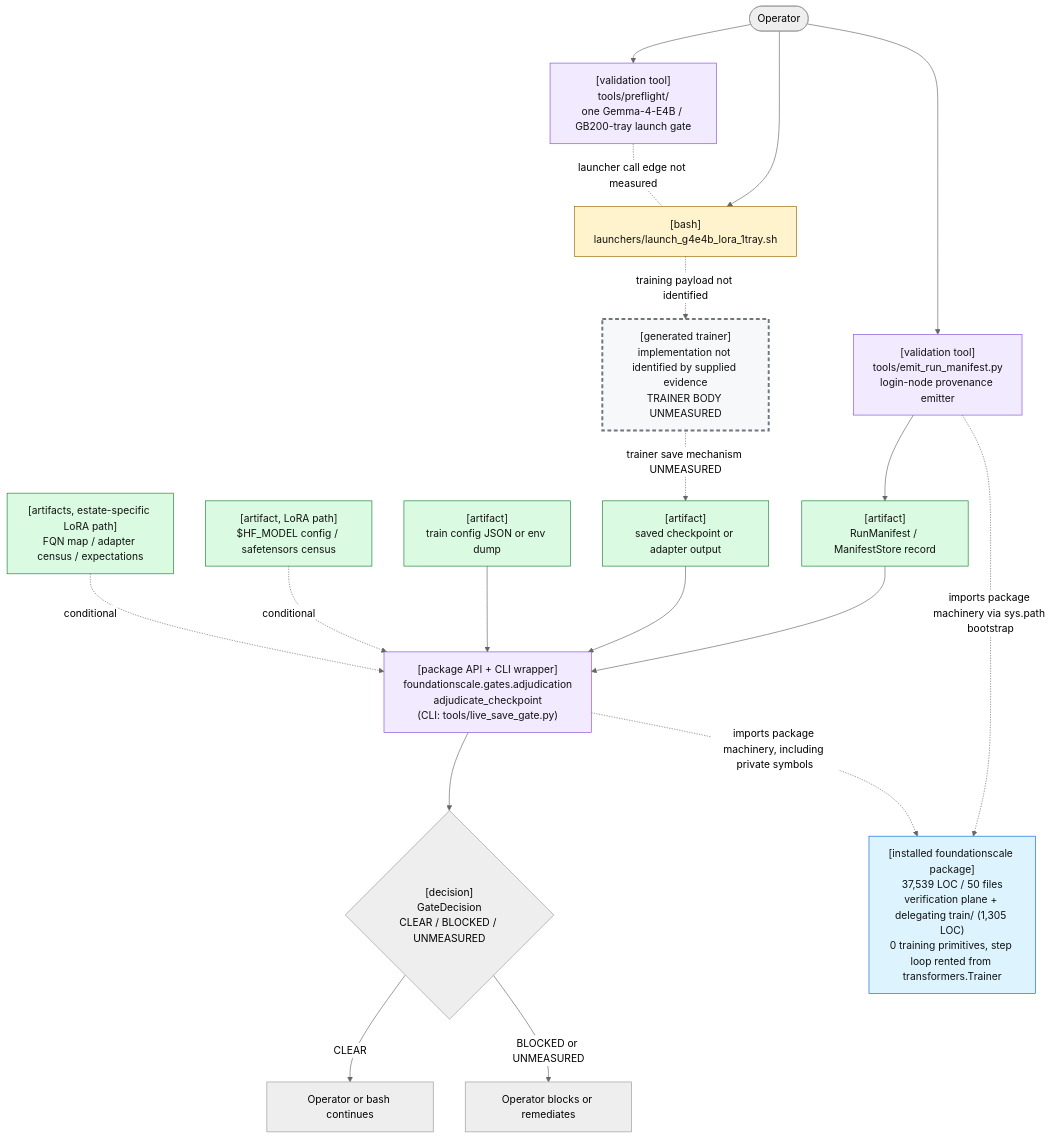
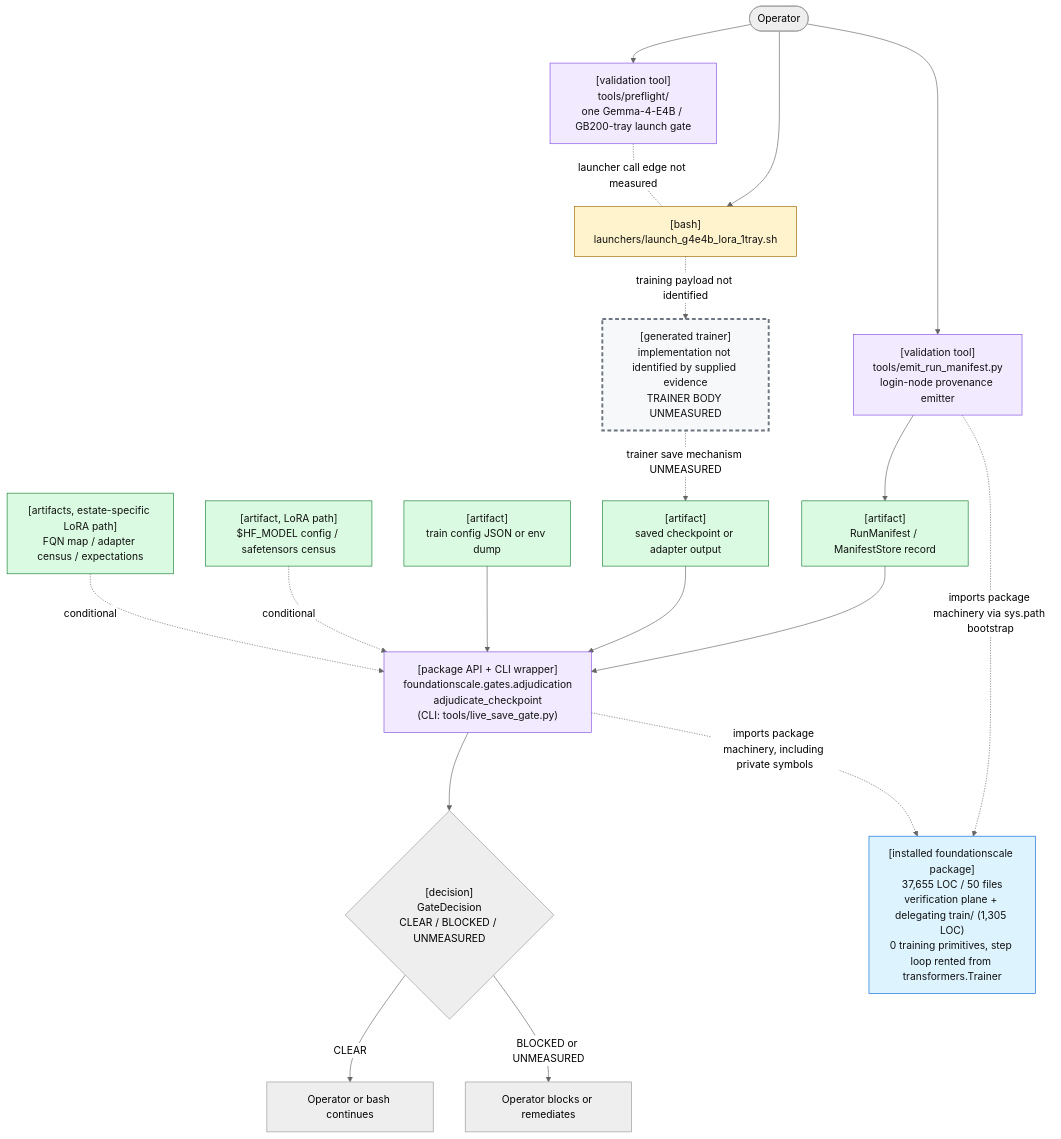
The first of 2 diagrams in docs/review/D2_current_architecture.md (TranNhiem/FoundationScale), drawn with Mermaid (neutral theme) before and after one commit. The commit also changed other lines of this file and 15 other files, not shown here.

````diff
--- a/docs/review/D2_current_architecture.md
+++ b/docs/review/D2_current_architecture.md
@@ -25,59 +25,59 @@
 ```mermaid
 flowchart TB
   O(["Operator"])
 
   PF["[validation tool]<br/>tools/preflight/<br/>one Gemma-4-E4B / GB200-tray launch gate"]
   L["[bash]<br/>launchers/launch_g4e4b_lora_1tray.sh"]
 
   E["[validation tool]<br/>tools/emit_run_manifest.py<br/>login-node provenance emitter"]
   M["[artifact]<br/>RunManifest / ManifestStore record"]
 
   T["[generated trainer]<br/>implementation not identified by supplied evidence<br/>TRAINER BODY UNMEASURED"]
   C["[artifact]<br/>saved checkpoint or adapter output"]
 
   G["[package API + CLI wrapper]<br/>foundationscale.gates.adjudication<br/>adjudicate_checkpoint<br/>(CLI: tools/live_save_gate.py)"]
   CFG["[artifact]<br/>train config JSON or env dump"]
   BASE["[artifact, LoRA path]<br/>$HF_MODEL config / safetensors census"]
   CEN["[artifacts, estate-specific LoRA path]<br/>FQN map / adapter census / expectations"]
 
   D{"[decision]<br/>GateDecision<br/>CLEAR / BLOCKED / UNMEASURED"}
   OK["Operator or bash continues"]
   NO["Operator blocks or remediates"]
 
-  PKG["[installed foundationscale package]<br/>37,539 LOC / 50 files<br/>verification plane + delegating train/ (1,305 LOC)<br/>0 training primitives, step loop rented from transformers.Trainer"]
+  PKG["[installed foundationscale package]<br/>37,655 LOC / 50 files<br/>verification plane + delegating train/ (1,305 LOC)<br/>0 training primitives, step loop rented from transformers.Trainer"]
 
   O --> PF
   O --> L
   PF -. "launcher call edge not measured" .- L
 
   O --> E
   E --> M
 
   L -. "training payload not identified" .-> T
   T -. "trainer save mechanism UNMEASURED" .-> C
 
   M --> G
   C --> G
   CFG --> G
   BASE -. "conditional" .-> G
   CEN -. "conditional" .-> G
 
   E -. "imports package machinery via sys.path bootstrap" .-> PKG
   G -. "imports package machinery, including private symbols" .-> PKG
 
   G --> D
   D -->|"CLEAR"| OK
   D -->|"BLOCKED or UNMEASURED"| NO
 
   classDef bash fill:#fff3cd,stroke:#9a6700,color:#111;
   classDef tool fill:#f2eaff,stroke:#8250df,color:#111;
   classDef artifact fill:#dafbe1,stroke:#1a7f37,color:#111;
   classDef gap fill:#f6f8fa,stroke:#6e7781,stroke-width:3px,stroke-dasharray: 6 4,color:#111;
   classDef pkg fill:#ddf4ff,stroke:#0969da,color:#111;
 
   class L bash;
   class PF,E,G tool;
   class M,C,CFG,BASE,CEN artifact;
   class T gap;
   class PKG pkg;
 ```
````
